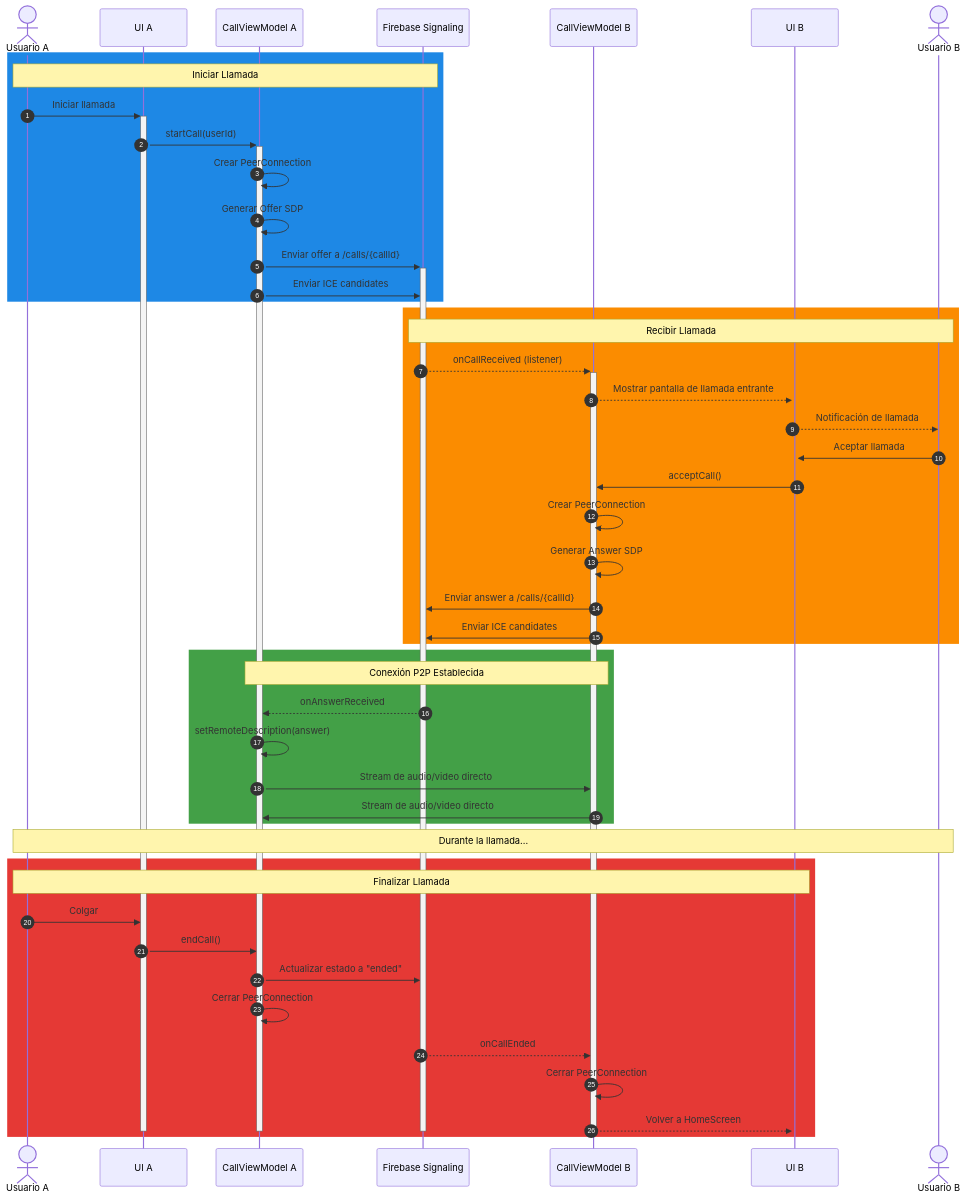
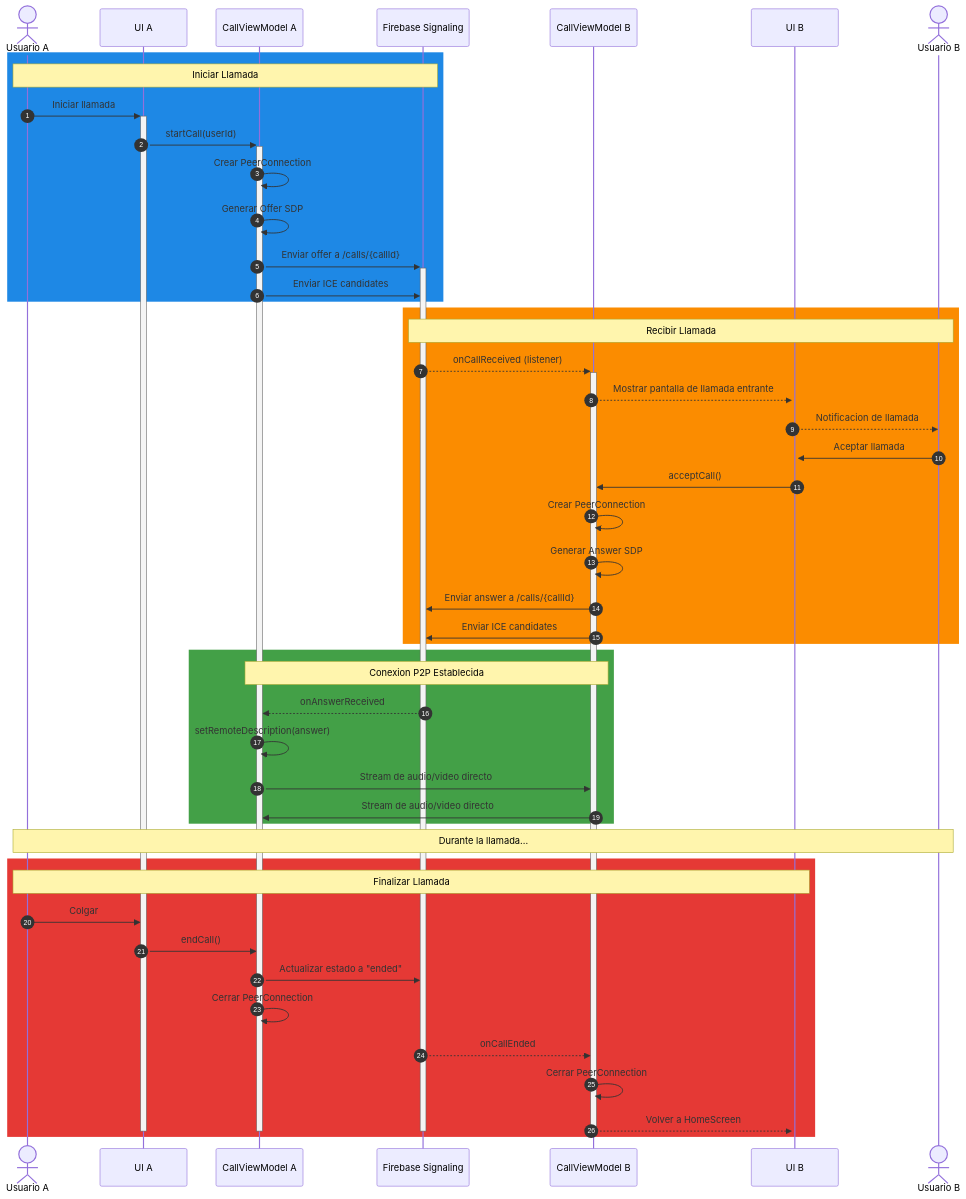
One commit to Azelmods677/NexusChat changed the fourth of 6 diagrams in README.md. Above: the diagram before and after it, drawn with Mermaid. The commit also changed other lines of this file and 13 other files, not shown here.

````diff
--- a/README.md
+++ b/README.md
@@ -241,59 +241,59 @@
 ```mermaid
 sequenceDiagram
     autonumber
     actor Usuario A
     participant UI_A as UI A
     participant VM_A as CallViewModel A
     participant FB as Firebase Signaling
     participant VM_B as CallViewModel B
     participant UI_B as UI B
     actor Usuario B
     
     rect rgb(30, 136, 229)
     Note over Usuario A,FB: Iniciar Llamada
     Usuario A->>+UI_A: Iniciar llamada
     UI_A->>+VM_A: startCall(userId)
     VM_A->>VM_A: Crear PeerConnection
     VM_A->>VM_A: Generar Offer SDP
     VM_A->>+FB: Enviar offer a /calls/{callId}
     VM_A->>FB: Enviar ICE candidates
     end
     
     rect rgb(251, 140, 0)
     Note over FB,Usuario B: Recibir Llamada
     FB-->>+VM_B: onCallReceived (listener)
     VM_B-->>+UI_B: Mostrar pantalla de llamada entrante
-    UI_B-->>Usuario B: Notificación de llamada
+    UI_B-->>Usuario B: Notificacion de llamada
     
     Usuario B->>UI_B: Aceptar llamada
     UI_B->>VM_B: acceptCall()
     VM_B->>VM_B: Crear PeerConnection
     VM_B->>VM_B: Generar Answer SDP
     VM_B->>FB: Enviar answer a /calls/{callId}
     VM_B->>FB: Enviar ICE candidates
     end
     
     rect rgb(67, 160, 71)
-    Note over VM_A,VM_B: Conexión P2P Establecida
+    Note over VM_A,VM_B: Conexion P2P Establecida
     FB-->>VM_A: onAnswerReceived
     VM_A->>VM_A: setRemoteDescription(answer)
     VM_A->>VM_B: Stream de audio/video directo
     VM_B->>VM_A: Stream de audio/video directo
     end
     
     Note over Usuario A,Usuario B: Durante la llamada...
     
     rect rgb(229, 57, 53)
     Note over Usuario A,UI_B: Finalizar Llamada
     Usuario A->>UI_A: Colgar
     UI_A->>VM_A: endCall()
     VM_A->>FB: Actualizar estado a "ended"
     VM_A->>VM_A: Cerrar PeerConnection
     FB-->>VM_B: onCallEnded
     VM_B->>VM_B: Cerrar PeerConnection
     VM_B-->>-UI_B: Volver a HomeScreen
     deactivate VM_A
     deactivate UI_A
     deactivate FB
     end
 ```
````
